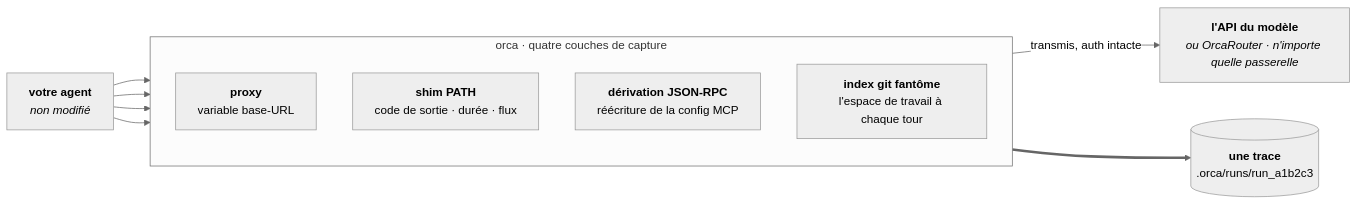
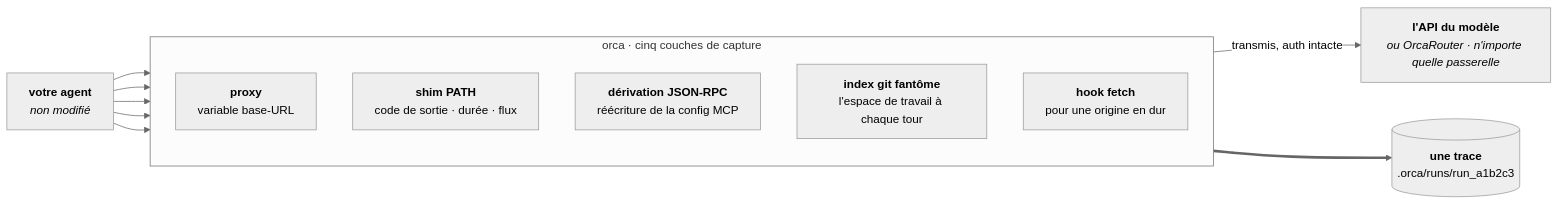
One commit to Continuum-AI-Corp/OrcaReplay changed the first of 2 diagrams in docs/i18n/README.fr.md. Above: the diagram before and after it, drawn with Mermaid. The commit also changed other lines of this file and 7 other files, not shown here.

````diff
--- a/docs/i18n/README.fr.md
+++ b/docs/i18n/README.fr.md
@@ -80,17 +81,18 @@
 ```mermaid
 %%{init: {'theme':'neutral'}}%%
 flowchart LR
     A["<b>votre agent</b><br/><i>non modifié</i>"]
 
-    subgraph orca["orca · quatre couches de capture"]
+    subgraph orca["orca · cinq couches de capture"]
         direction TB
         P["<b>proxy</b><br/>variable base-URL"]
         SH["<b>shim PATH</b><br/>code de sortie · durée · flux"]
         MC["<b>dérivation JSON-RPC</b><br/>réécriture de la config MCP"]
         FS["<b>index git fantôme</b><br/>l'espace de travail à chaque tour"]
+        FH["<b>hook fetch</b><br/>pour une origine en dur"]
     end
 
-    A --> P & SH & MC & FS
+    A --> P & SH & MC & FS & FH
     P -->|"transmis, auth intacte"| U["<b>l'API du modèle</b><br/><i>ou OrcaRouter · n'importe quelle passerelle</i>"]
     orca ==> T[("<b>une trace</b><br/>.orca/runs/run_a1b2c3")]
 ```
````
